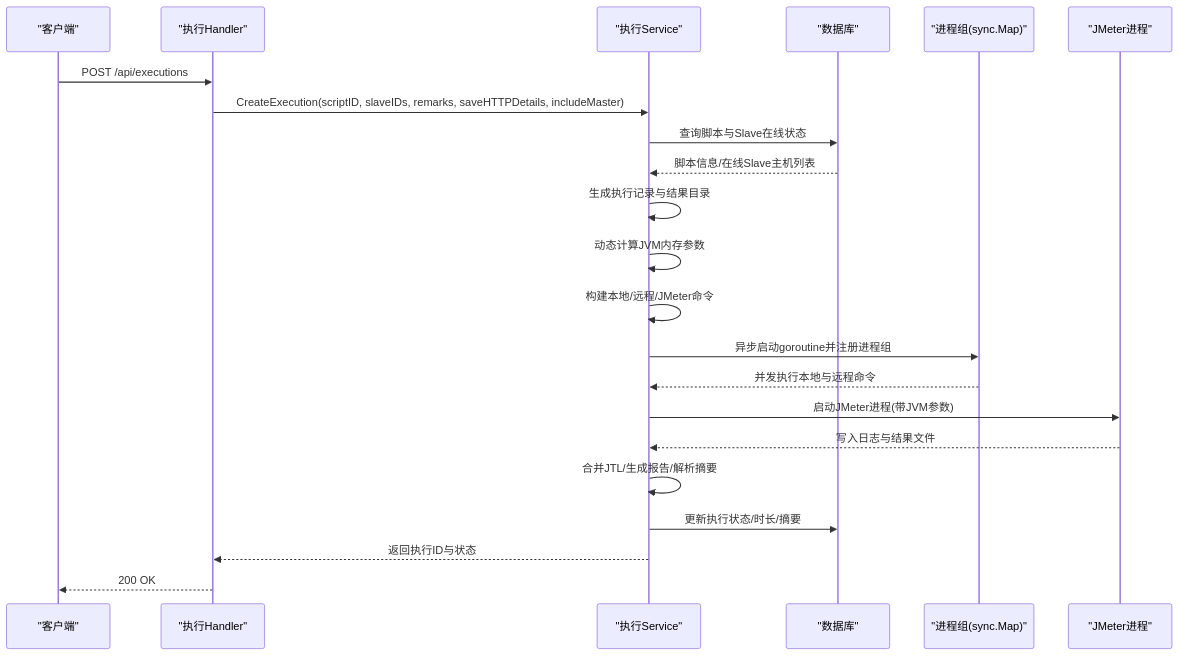
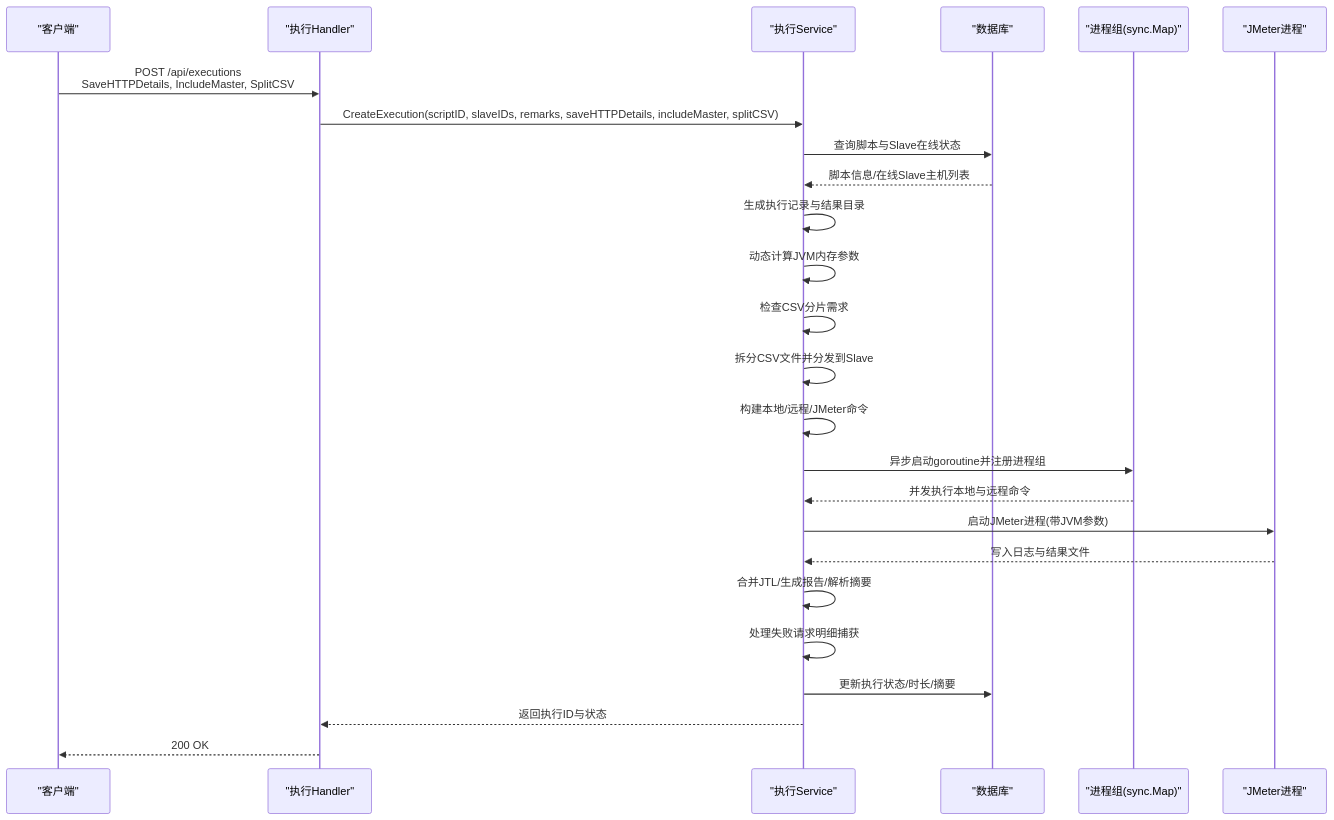
Before and after one commit to Liyuhao02/Jmeter-Admin: the second of 6 diagrams in .qoder/repowiki/zh/content/核心业务模块/执行管理系统/执行流程控制.md, drawn with Mermaid. The commit also changed other lines of this file and 34 other files, not shown here.

````diff
--- a/.qoder/repowiki/zh/content/核心业务模块/执行管理系统/执行流程控制.md
+++ b/.qoder/repowiki/zh/content/核心业务模块/执行管理系统/执行流程控制.md
@@ -98,24 +113,27 @@
 ```mermaid
 sequenceDiagram
 participant Client as "客户端"
 participant Handler as "执行Handler"
 participant Service as "执行Service"
 participant DB as "数据库"
 participant Proc as "进程组(sync.Map)"
 participant JMeter as "JMeter进程"
-Client->>Handler : POST /api/executions
-Handler->>Service : CreateExecution(scriptID, slaveIDs, remarks, saveHTTPDetails, includeMaster)
+Client->>Handler : POST /api/executions<br/>SaveHTTPDetails, IncludeMaster, SplitCSV
+Handler->>Service : CreateExecution(scriptID, slaveIDs, remarks, saveHTTPDetails, includeMaster, splitCSV)
 Service->>DB : 查询脚本与Slave在线状态
 DB-->>Service : 脚本信息/在线Slave主机列表
 Service->>Service : 生成执行记录与结果目录
 Service->>Service : 动态计算JVM内存参数
+Service->>Service : 检查CSV分片需求
+Service->>Service : 拆分CSV文件并分发到Slave
 Service->>Service : 构建本地/远程/JMeter命令
 Service->>Proc : 异步启动goroutine并注册进程组
 Proc-->>Service : 并发执行本地与远程命令
 Service->>JMeter : 启动JMeter进程(带JVM参数)
 JMeter-->>Service : 写入日志与结果文件
 Service->>Service : 合并JTL/生成报告/解析摘要
+Service->>Service : 处理失败请求明细捕获
 Service->>DB : 更新执行状态/时长/摘要
 Service-->>Handler : 返回执行ID与状态
 Handler-->>Client : 200 OK
 ```
````
